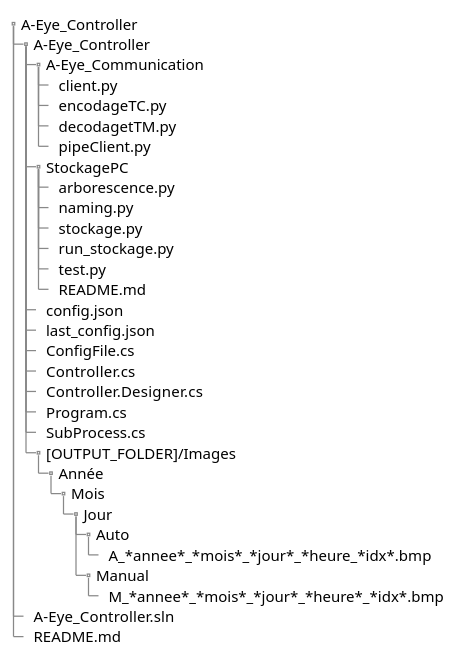
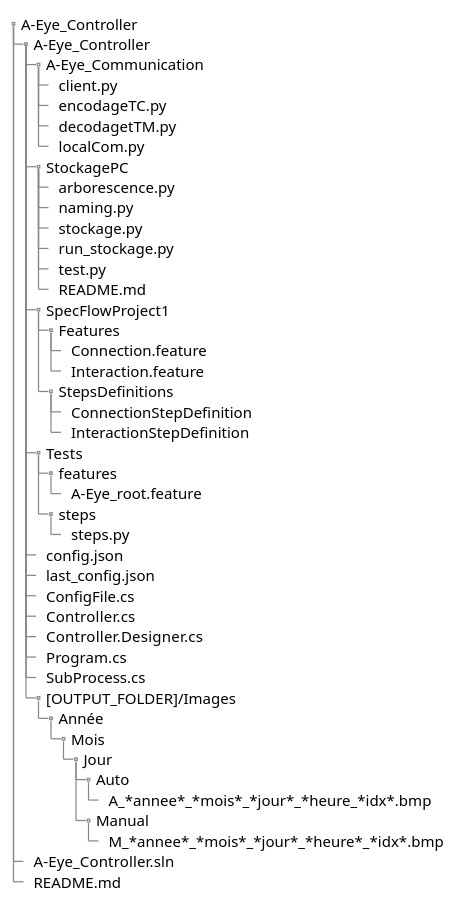
The second of 2 diagrams in A-Eye_Documentation/plantuml/A-Eye_arboresence.plantuml (ngisedsysle/A-Eye), drawn with PlantUML before and after one commit. The commit also changed other lines of this file and 2 other files, not shown here.

```diff
--- a/A-Eye_Documentation/plantuml/A-Eye_arboresence.plantuml
+++ b/A-Eye_Documentation/plantuml/A-Eye_arboresence.plantuml
@@ -47,38 +50,50 @@
 @startsalt arbo_PC
 {
     {T
     +A-Eye_Controller
         ++A-Eye_Controller
             +++A-Eye_Communication
                 ++++client.py
                 ++++encodageTC.py
                 ++++decodagetTM.py
-                ++++pipeClient.py
+                ++++localCom.py
             +++StockagePC
                 ++++arborescence.py
                 ++++naming.py
                 ++++stockage.py
                 ++++run_stockage.py
                 ++++test.py
-                ++++README.md                
+                ++++README.md
+            +++SpecFlowProject1
+                ++++Features
+                    +++++Connection.feature
+                    +++++Interaction.feature   
+                ++++StepsDefinitions
+                    +++++ConnectionStepDefinition
+                    +++++InteractionStepDefinition
+            +++Tests
+                ++++features
+                    +++++A-Eye_root.feature 
+                ++++steps
+                    +++++steps.py           
             +++config.json
             +++last_config.json
             +++ConfigFile.cs
             +++Controller.cs
             +++Controller.Designer.cs
             +++Program.cs
             +++SubProcess.cs
             +++[OUTPUT_FOLDER]/Images
                 ++++Année
                     +++++Mois
                         ++++++Jour
                             +++++++Auto
                                 ++++++++A_*annee*_*mois*_*jour*_*heure_*idx*.bmp
                             +++++++Manual
                                 ++++++++M_*annee*_*mois*_*jour*_*heure*_*idx*.bmp
         ++A-Eye_Controller.sln
         ++README.md
     }
 }
 
 @endsalt
```
